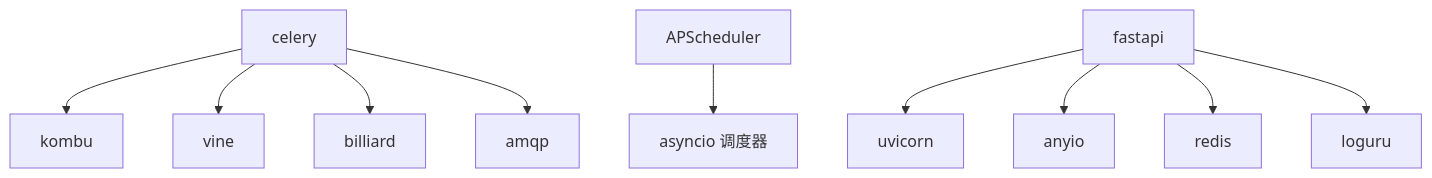
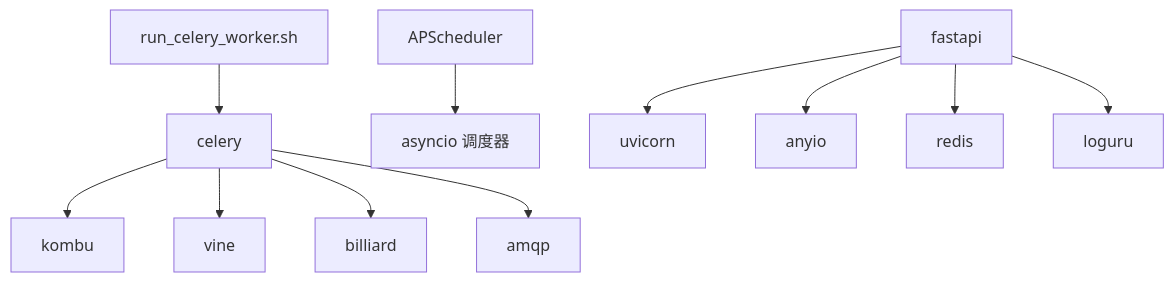
Before and after one commit to lilinzezzzzzz/fastapi-backend: the eighth of 8 diagrams in .qoder/repowiki/zh/content/任务调度系统/任务调度系统.md, drawn with Mermaid. The commit also changed other lines of this file and 42 other files, not shown here.

````diff
--- a/.qoder/repowiki/zh/content/任务调度系统/任务调度系统.md
+++ b/.qoder/repowiki/zh/content/任务调度系统/任务调度系统.md
@@ -297,12 +381,13 @@
 ```mermaid
 graph TB
 Celery["celery"] --> Kombu["kombu"]
 Celery --> Vine["vine"]
 Celery --> Billiard["billiard"]
 Celery --> Amqp["amqp"]
 APScheduler["APScheduler"] --> Asyncio["asyncio 调度器"]
 FastAPI["fastapi"] --> Uvicorn["uvicorn"]
 FastAPI --> AnyIO["anyio"]
 FastAPI --> Redis["redis"]
 FastAPI --> Loguru["loguru"]
+BashScript["run_celery_worker.sh"] --> Celery
 ```
````
